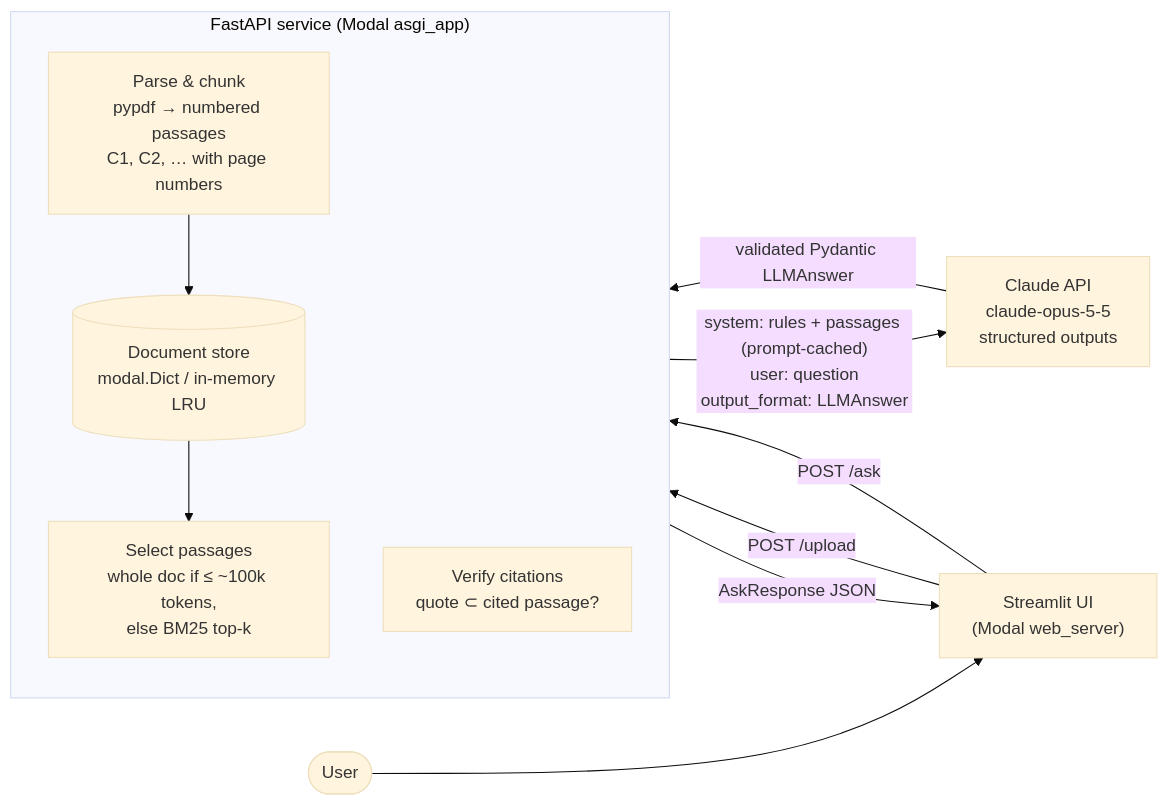
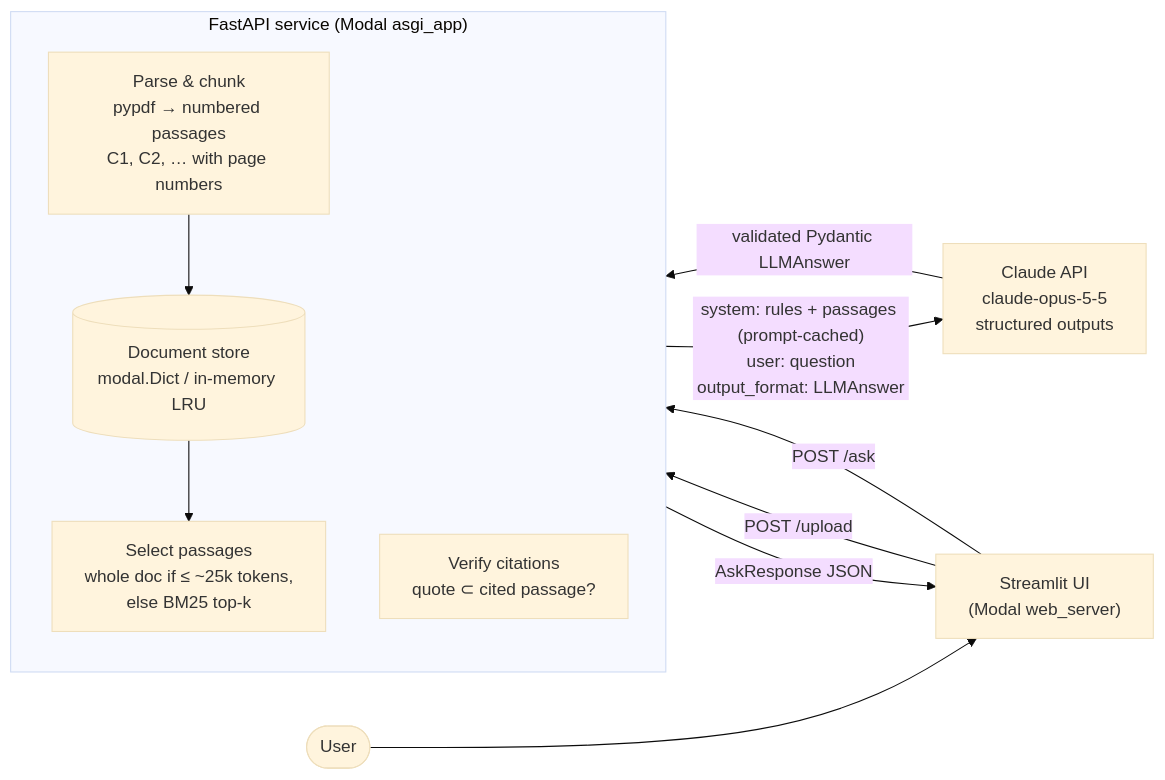
The first of 2 diagrams in README.md (alizaimoiz6-collab/docqa), drawn with Mermaid (base theme) before and after one commit. The commit also changed other lines of this file and 11 other files, not shown here.

````diff
--- a/README.md
+++ b/README.md
@@ -13,20 +13,20 @@
 ```mermaid
 flowchart LR
     U([User]) --> UI["Streamlit UI<br/>(Modal web_server)"]
     UI -- "POST /upload" --> API
     UI -- "POST /ask" --> API
 
     subgraph API["FastAPI service (Modal asgi_app)"]
         direction TB
         P["Parse & chunk<br/>pypdf → numbered passages<br/>C1, C2, … with page numbers"]
         S[("Document store<br/>modal.Dict / in-memory LRU")]
-        R["Select passages<br/>whole doc if ≤ ~100k tokens,<br/>else BM25 top-k"]
+        R["Select passages<br/>whole doc if ≤ ~25k tokens,<br/>else BM25 top-k"]
         V["Verify citations<br/>quote ⊂ cited passage?"]
         P --> S
         S --> R
     end
 
     R -- "system: rules + passages (prompt-cached)<br/>user: question<br/>output_format: LLMAnswer" --> C["Claude API<br/>claude-opus-5-5<br/>structured outputs"]
     C -- "validated Pydantic LLMAnswer" --> V
     V -- "AskResponse JSON" --> UI
 ```
````
